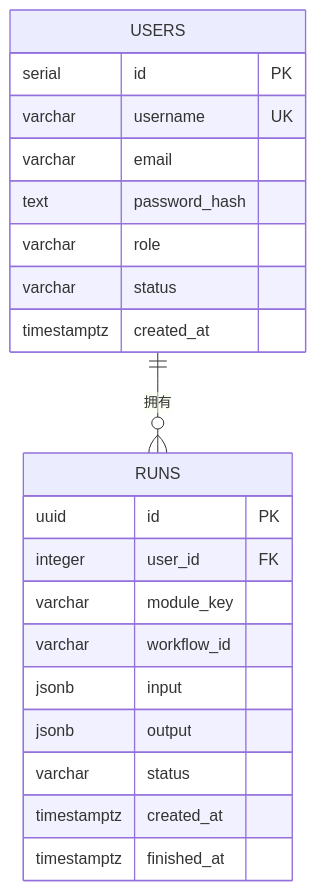
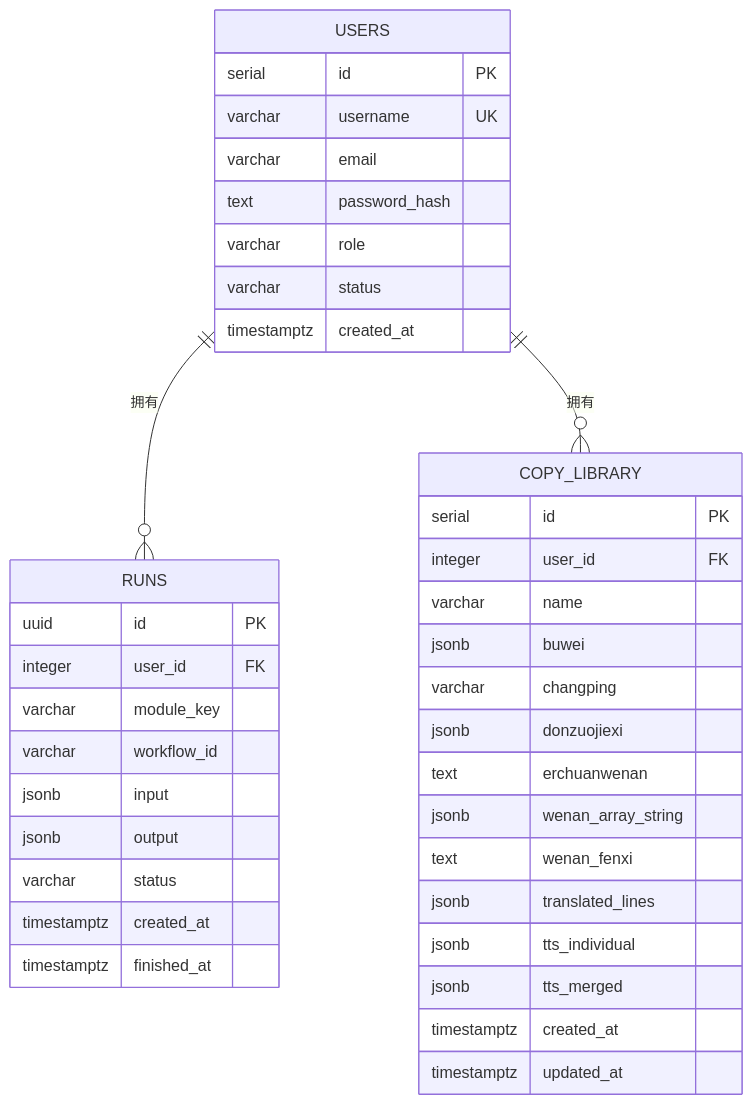
Before and after one commit to hanksd769-droid/sailshub: the fourth of 4 diagrams in .qoder/repowiki/zh/content/数据库设计.md, drawn with Mermaid. The commit also changed other lines of this file and 6 other files, not shown here.

````diff
--- a/.qoder/repowiki/zh/content/数据库设计.md
+++ b/.qoder/repowiki/zh/content/数据库设计.md
@@ -301,24 +380,41 @@
 ```mermaid
 erDiagram
 USERS {
 serial id PK
 varchar username UK
 varchar email
 text password_hash
 varchar role
 varchar status
 timestamptz created_at
 }
 RUNS {
 uuid id PK
 integer user_id FK
 varchar module_key
 varchar workflow_id
 jsonb input
 jsonb output
 varchar status
 timestamptz created_at
 timestamptz finished_at
 }
+COPY_LIBRARY {
+serial id PK
+integer user_id FK
+varchar name
+jsonb buwei
+varchar changping
+jsonb donzuojiexi
+text erchuanwenan
+jsonb wenan_array_string
+text wenan_fenxi
+jsonb translated_lines
+jsonb tts_individual
+jsonb tts_merged
+timestamptz created_at
+timestamptz updated_at
+}
 USERS ||--o{ RUNS : "拥有"
+USERS ||--o{ COPY_LIBRARY : "拥有"
 ```
````
